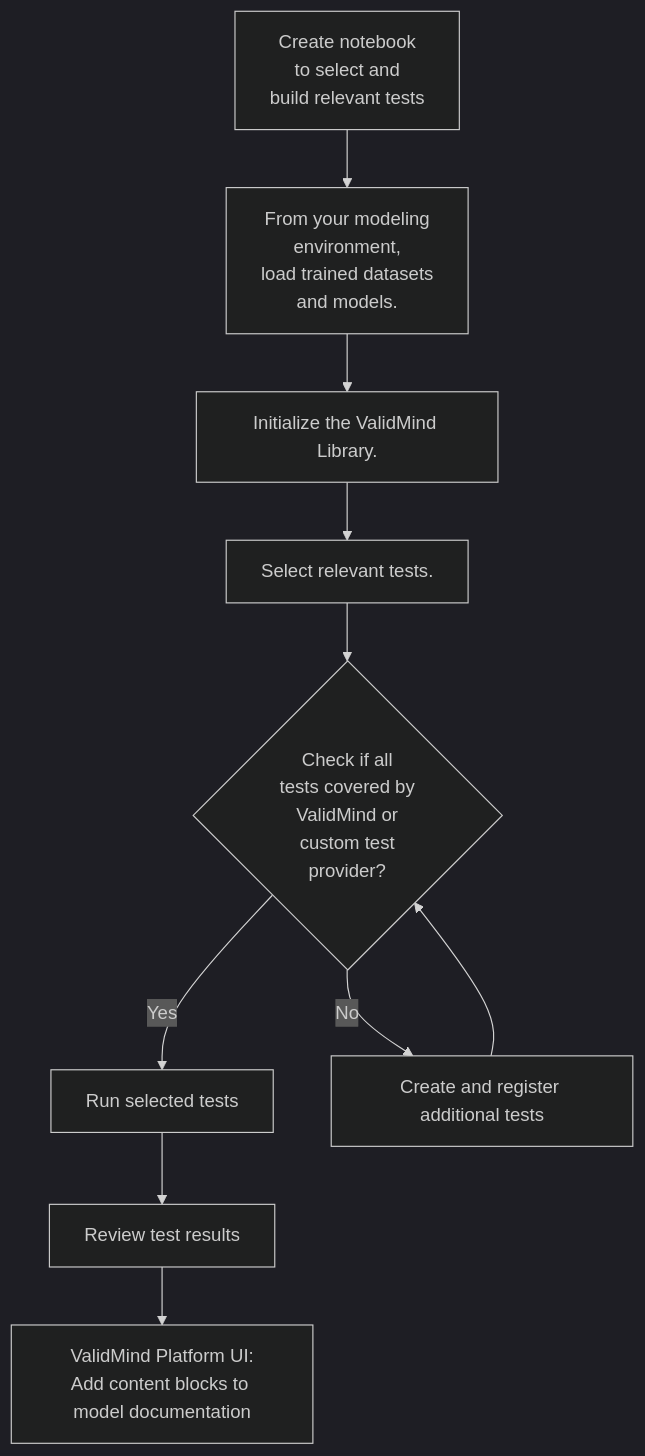
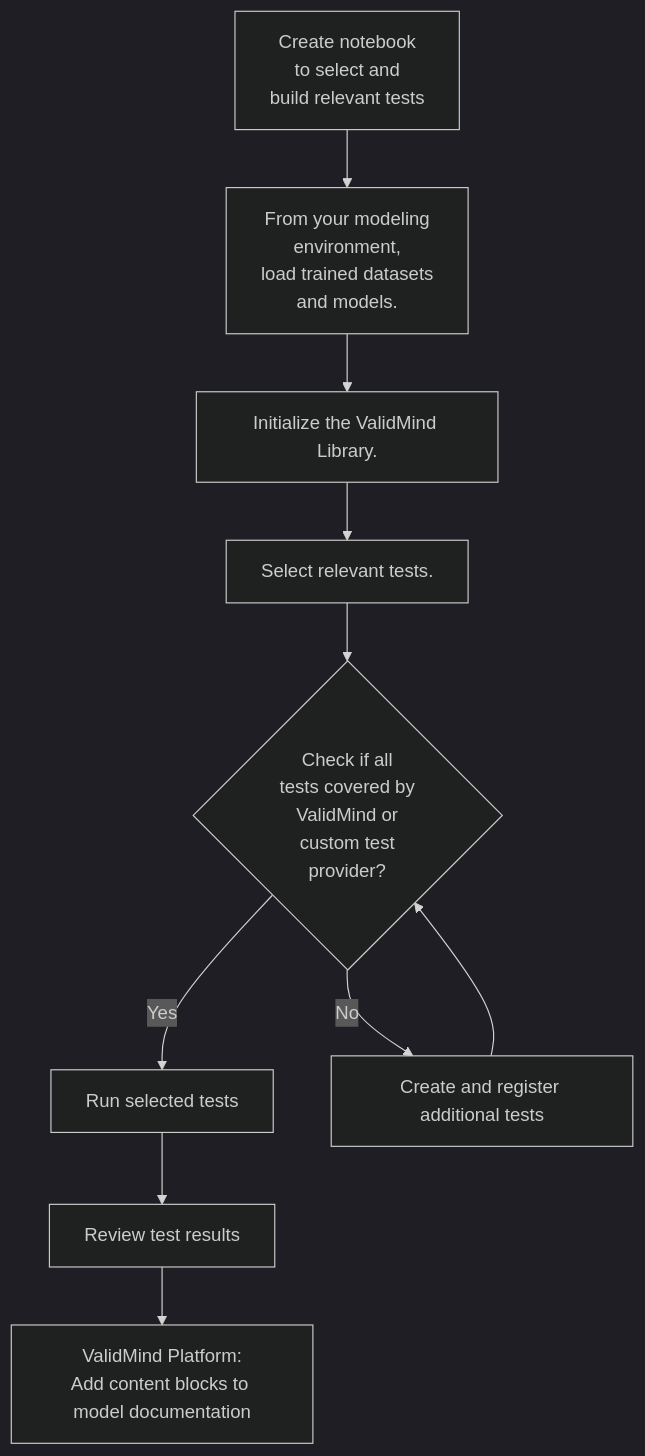
Before and after one commit to validmind/documentation: the second of 3 diagrams in internal/templates/mermaid-diagrams.qmd, drawn with Mermaid (dark theme). The commit also changed 11 other files, not shown here.

Commit message:
1st pass of ValidMind Platform UI & platform UI

````diff
--- a/internal/templates/mermaid-diagrams.qmd
+++ b/internal/templates/mermaid-diagrams.qmd
@@ -18,12 +18,12 @@
 ```{mermaid}
 graph TD
     A[Create notebook<br>to select and<br>build relevant tests] --> B[From your modeling<br>environment,<br>load trained datasets<br>and models.]
     B --> C[Initialize the ValidMind Library.]
     C --> D[Select relevant tests.]
     D --> E{Check if all<br>tests covered by<br>ValidMind or<br>custom test<br>provider?}
     E -- Yes --> F[Run selected tests]
     F --> G[Review test results]
     E -- No --> H[Create and register additional tests]
-    G --> I[ValidMind Platform UI:<br>Add content blocks to model documentation]
+    G --> I[ValidMind Platform:<br>Add content blocks to model documentation]
     H --> E
 ```
````
